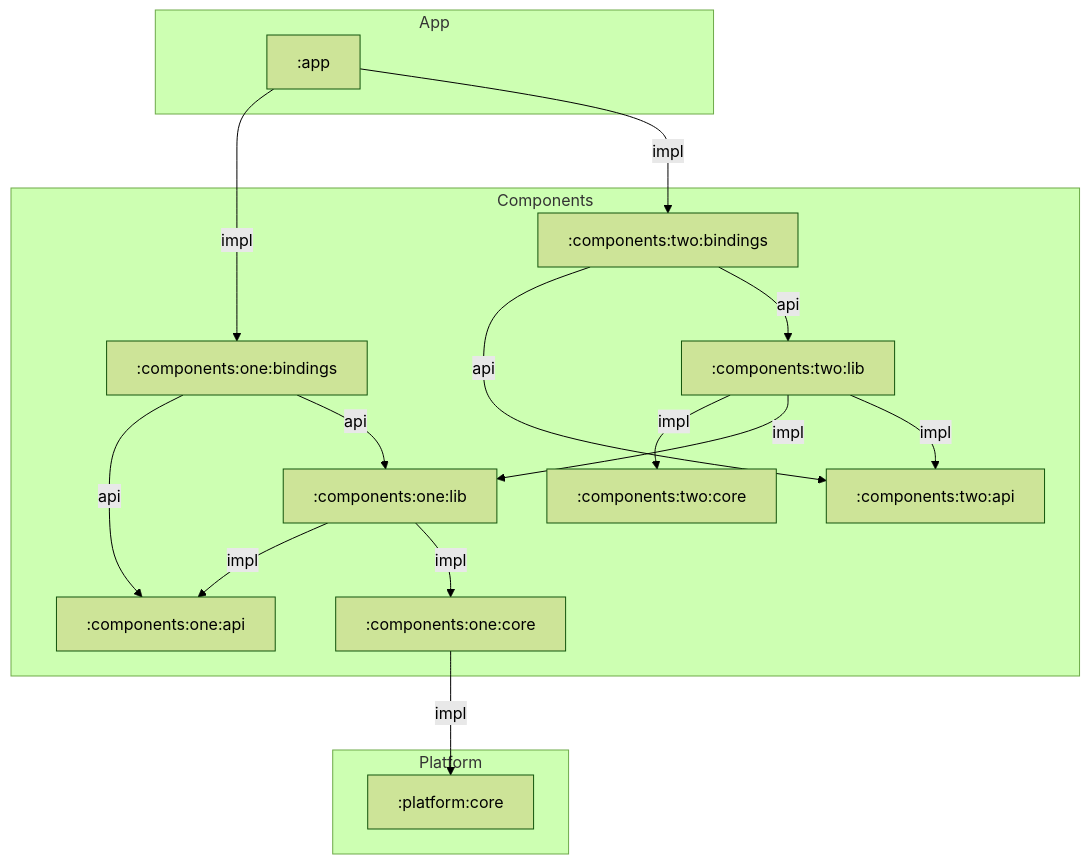
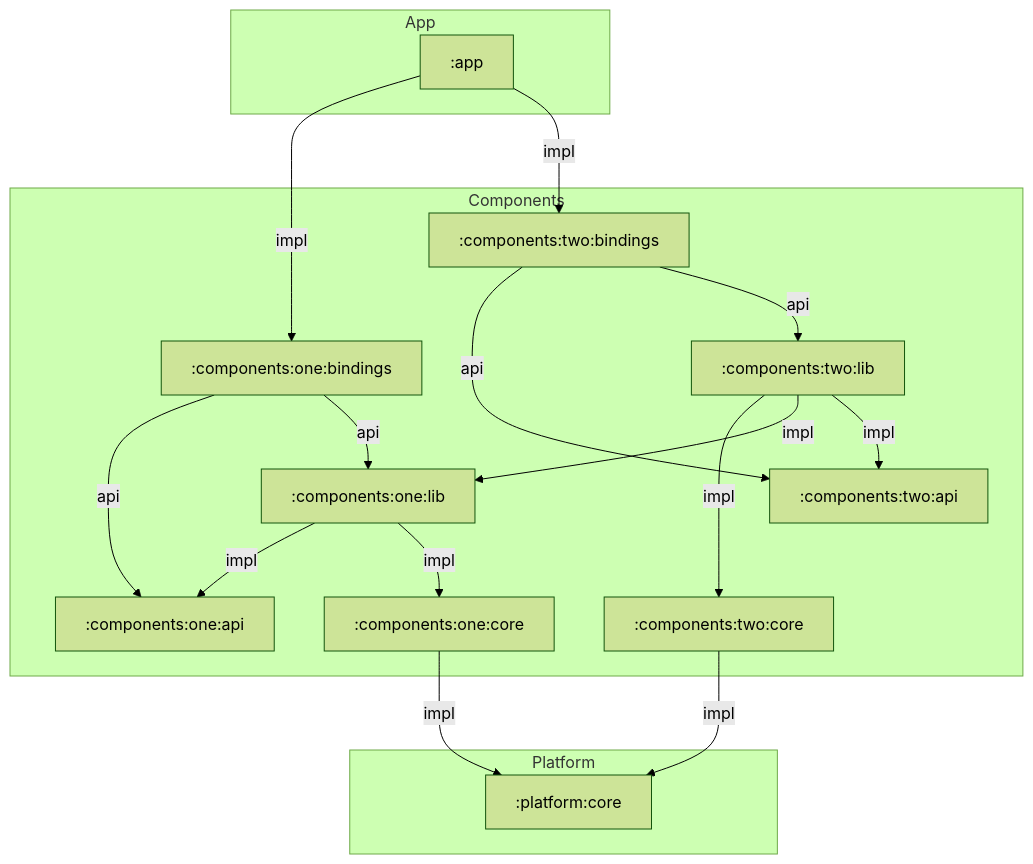
The diagram in README.md (thalkz/android-modules), drawn with Mermaid (forest theme) before and after one commit. The commit also changed other lines of this file and 1 other file, not shown here.

````diff
--- a/README.md
+++ b/README.md
@@ -17,28 +17,29 @@
 ```mermaid
 graph TB
     subgraph Platform
         :platform:core
     end
     
     subgraph Components
         :components:two:lib --impl--> :components:two:core
         :components:two:lib --impl--> :components:one:lib
         :components:two:lib --impl--> :components:two:api
         :components:two:bindings --api--> :components:two:api
         :components:two:bindings --api--> :components:two:lib
 
         :components:one:lib --impl--> :components:one:api
         :components:one:lib --impl--> :components:one:core
         :components:one:bindings --api--> :components:one:api
         :components:one:bindings --api--> :components:one:lib
     end
 
     :components:one:core --impl--> :platform:core
+    :components:two:core --impl--> :platform:core
 
     subgraph App
         :app
     end
 
     :app --impl--> :components:one:bindings
     :app --impl--> :components:two:bindings
 ```
````
